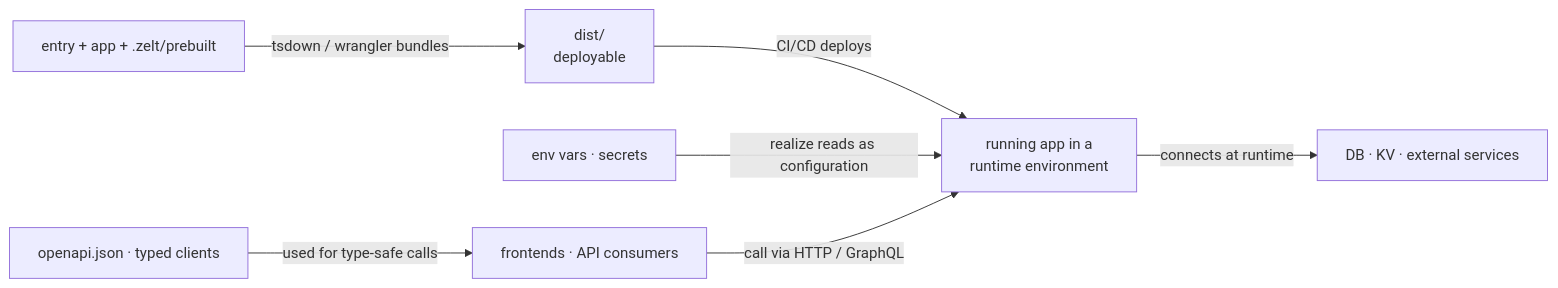
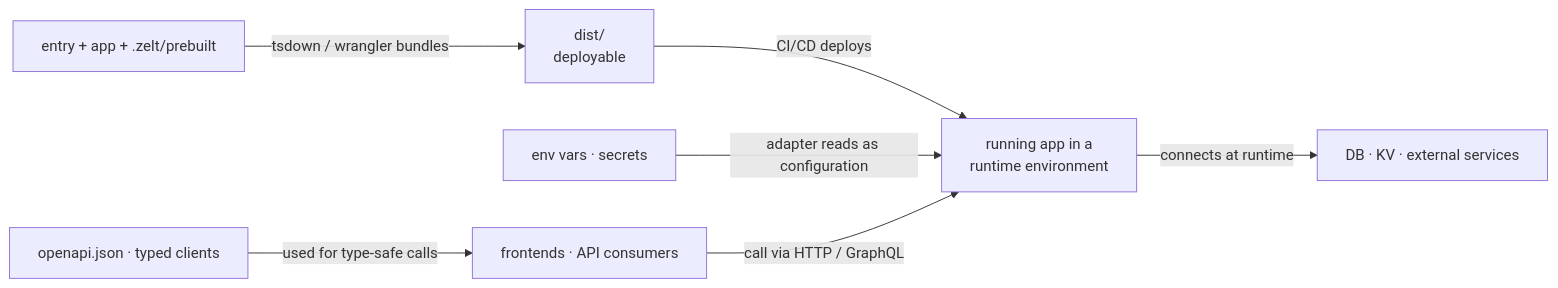
One commit to zeltjs/zelt changed the second of 2 diagrams in website/docs/big-picture.md. Above: the diagram before and after it, drawn with Mermaid. The commit also changed other lines of this file and 9 other files, not shown here.

````diff
--- a/website/docs/big-picture.md
+++ b/website/docs/big-picture.md
@@ -140,9 +137,9 @@
 ```mermaid
 flowchart LR
   SRCSET["entry + app + .zelt/prebuilt"] -- "tsdown / wrangler bundles" --> DIST["dist/<br/>deployable"]
   DIST -- "CI/CD deploys" --> LIVE["running app in a<br/>runtime environment"]
-  ENV["env vars · secrets"] -- "realize reads as configuration" --> LIVE
+  ENV["env vars · secrets"] -- "adapter reads as configuration" --> LIVE
   LIVE -- "connects at runtime" --> INFRA["DB · KV · external services"]
   USER["frontends · API consumers"] -- "call via HTTP / GraphQL" --> LIVE
   API["openapi.json · typed clients"] -- "used for type-safe calls" --> USER
 ```
````
